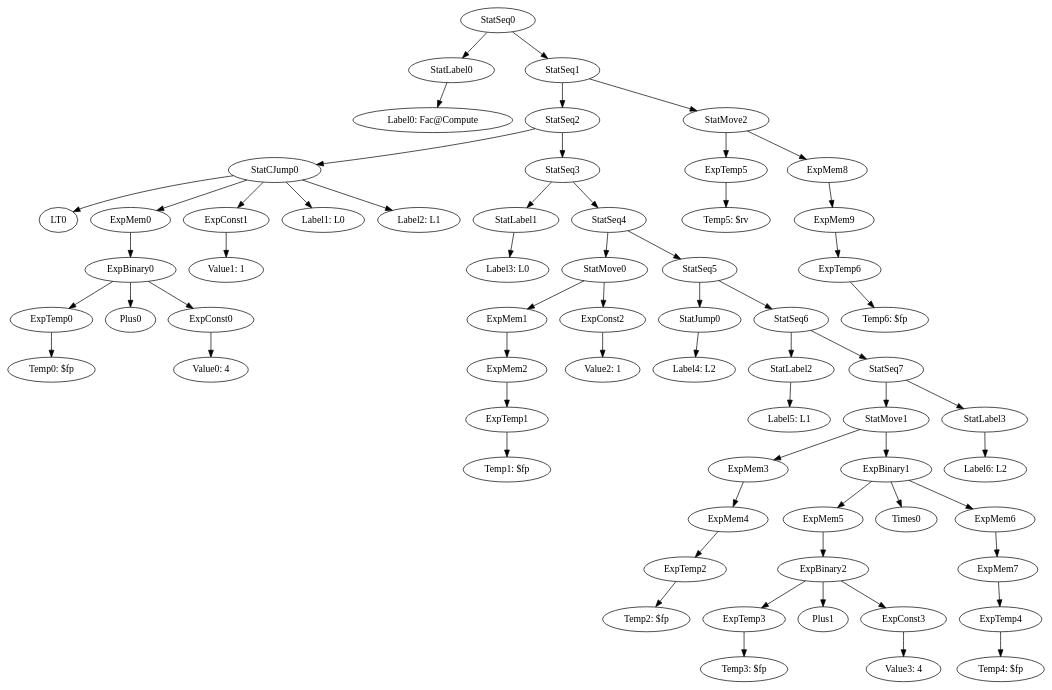
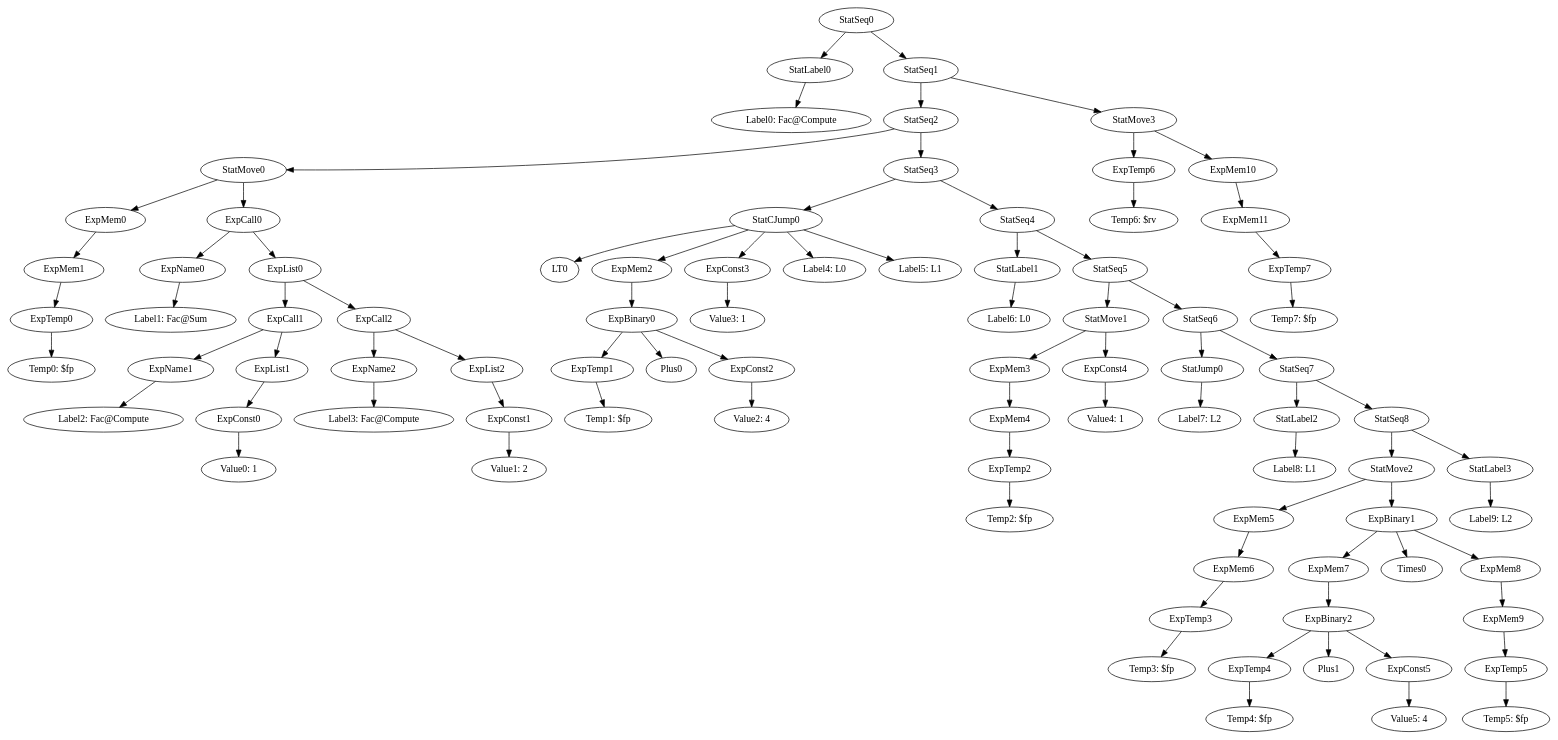
Before and after one commit to team-compilers/compilers: the diagram in MiniJava/results/SamplesCorrect/Simple/irt_Fac@Compute.gv, drawn with Graphviz. The commit also changed 202 other files, not shown here.

```diff
--- a/MiniJava/results/SamplesCorrect/Simple/irt_Fac@Compute.gv
+++ b/MiniJava/results/SamplesCorrect/Simple/irt_Fac@Compute.gv
@@ -1,65 +1,87 @@
 digraph {
 	ordering = out;
-	ExpTemp6 -> "Temp6: $fp";
-	StatMove2 -> ExpTemp5;
-	StatMove2 -> ExpMem8;
-	StatLabel3 -> "Label6: L2";
-	ExpMem6 -> ExpMem7;
-	ExpTemp4 -> "Temp4: $fp";
-	ExpBinary1 -> ExpMem5;
-	ExpBinary1 -> Times0;
-	ExpBinary1 -> ExpMem6;
-	ExpConst3 -> "Value3: 4";
+	ExpMem10 -> ExpMem11;
+	ExpMem11 -> ExpTemp7;
+	StatMove3 -> ExpTemp6;
+	StatMove3 -> ExpMem10;
+	ExpTemp6 -> "Temp6: $rv";
+	StatSeq1 -> StatSeq2;
+	StatSeq1 -> StatMove3;
 	ExpMem8 -> ExpMem9;
-	ExpBinary2 -> ExpTemp3;
-	ExpBinary2 -> Plus1;
-	ExpBinary2 -> ExpConst3;
-	ExpMem3 -> ExpMem4;
-	ExpMem9 -> ExpTemp6;
-	StatSeq1 -> StatSeq2;
-	StatSeq1 -> StatMove2;
-	ExpConst1 -> "Value1: 1";
-	StatSeq2 -> StatCJump0;
-	StatSeq2 -> StatSeq3;
-	ExpMem0 -> ExpBinary0;
+	ExpTemp5 -> "Temp5: $fp";
+	ExpConst2 -> "Value2: 4";
+	ExpCall2 -> ExpName2;
+	ExpCall2 -> ExpList2;
+	ExpBinary0 -> ExpTemp1;
+	ExpBinary0 -> Plus0;
+	ExpBinary0 -> ExpConst2;
 	ExpMem4 -> ExpTemp2;
-	ExpBinary0 -> ExpTemp0;
-	ExpBinary0 -> Plus0;
-	ExpBinary0 -> ExpConst0;
-	ExpMem1 -> ExpMem2;
-	StatSeq7 -> StatMove1;
-	StatSeq7 -> StatLabel3;
-	StatLabel0 -> "Label0: Fac@Compute";
-	ExpMem7 -> ExpTemp4;
-	ExpTemp0 -> "Temp0: $fp";
-	StatSeq3 -> StatLabel1;
-	StatSeq3 -> StatSeq4;
-	StatMove0 -> ExpMem1;
-	StatMove0 -> ExpConst2;
-	ExpTemp3 -> "Temp3: $fp";
-	StatSeq6 -> StatLabel2;
-	StatSeq6 -> StatSeq7;
-	ExpTemp5 -> "Temp5: $rv";
+	ExpTemp1 -> "Temp1: $fp";
 	StatSeq0 -> StatLabel0;
 	StatSeq0 -> StatSeq1;
-	ExpTemp1 -> "Temp1: $fp";
-	ExpConst2 -> "Value2: 1";
-	StatLabel1 -> "Label3: L0";
-	ExpMem2 -> ExpTemp1;
-	StatSeq4 -> StatMove0;
+	StatMove1 -> ExpMem3;
+	StatMove1 -> ExpConst4;
+	StatSeq5 -> StatMove1;
+	StatSeq5 -> StatSeq6;
+	StatSeq2 -> StatMove0;
+	StatSeq2 -> StatSeq3;
+	ExpConst0 -> "Value0: 1";
+	StatLabel2 -> "Label8: L1";
+	ExpMem9 -> ExpTemp5;
+	ExpMem1 -> ExpTemp0;
+	ExpMem0 -> ExpMem1;
+	ExpCall0 -> ExpName0;
+	ExpCall0 -> ExpList0;
+	ExpMem2 -> ExpBinary0;
+	StatLabel1 -> "Label6: L0";
+	StatSeq4 -> StatLabel1;
 	StatSeq4 -> StatSeq5;
-	StatJump0 -> "Label4: L2";
-	ExpConst0 -> "Value0: 4";
-	StatLabel2 -> "Label5: L1";
-	ExpMem5 -> ExpBinary2;
-	StatMove1 -> ExpMem3;
-	StatMove1 -> ExpBinary1;
+	ExpList2 -> ExpConst1;
+	ExpTemp7 -> "Temp7: $fp";
+	ExpTemp0 -> "Temp0: $fp";
+	ExpName2 -> "Label3: Fac@Compute";
+	StatSeq7 -> StatLabel2;
+	StatSeq7 -> StatSeq8;
+	StatMove0 -> ExpMem0;
+	StatMove0 -> ExpCall0;
 	StatCJump0 -> LT0;
-	StatCJump0 -> ExpMem0;
-	StatCJump0 -> ExpConst1;
-	StatCJump0 -> "Label1: L0";
-	StatCJump0 -> "Label2: L1";
-	StatSeq5 -> StatJump0;
-	StatSeq5 -> StatSeq6;
+	StatCJump0 -> ExpMem2;
+	StatCJump0 -> ExpConst3;
+	StatCJump0 -> "Label4: L0";
+	StatCJump0 -> "Label5: L1";
+	ExpList0 -> ExpCall1;
+	ExpList0 -> ExpCall2;
+	StatJump0 -> "Label7: L2";
+	ExpCall1 -> ExpName1;
+	ExpCall1 -> ExpList1;
+	ExpName0 -> "Label1: Fac@Sum";
+	ExpConst1 -> "Value1: 2";
+	ExpName1 -> "Label2: Fac@Compute";
+	ExpConst3 -> "Value3: 1";
+	ExpMem7 -> ExpBinary2;
+	StatSeq3 -> StatCJump0;
+	StatSeq3 -> StatSeq4;
 	ExpTemp2 -> "Temp2: $fp";
+	ExpMem3 -> ExpMem4;
+	StatLabel3 -> "Label9: L2";
+	ExpConst4 -> "Value4: 1";
+	StatSeq6 -> StatJump0;
+	StatSeq6 -> StatSeq7;
+	StatSeq8 -> StatMove2;
+	StatSeq8 -> StatLabel3;
+	ExpTemp3 -> "Temp3: $fp";
+	ExpMem6 -> ExpTemp3;
+	StatMove2 -> ExpMem5;
+	StatMove2 -> ExpBinary1;
+	ExpTemp4 -> "Temp4: $fp";
+	ExpMem5 -> ExpMem6;
+	StatLabel0 -> "Label0: Fac@Compute";
+	ExpBinary2 -> ExpTemp4;
+	ExpBinary2 -> Plus1;
+	ExpBinary2 -> ExpConst5;
+	ExpConst5 -> "Value5: 4";
+	ExpList1 -> ExpConst0;
+	ExpBinary1 -> ExpMem7;
+	ExpBinary1 -> Times0;
+	ExpBinary1 -> ExpMem8;
 }
```
